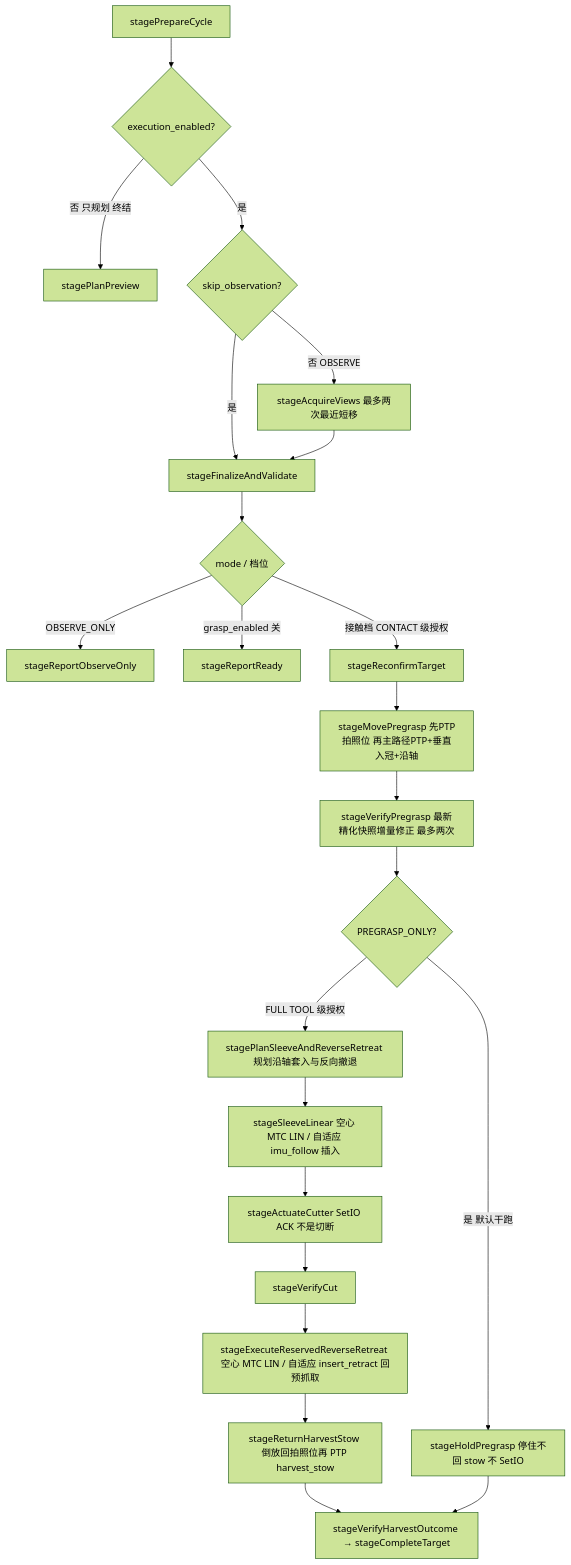
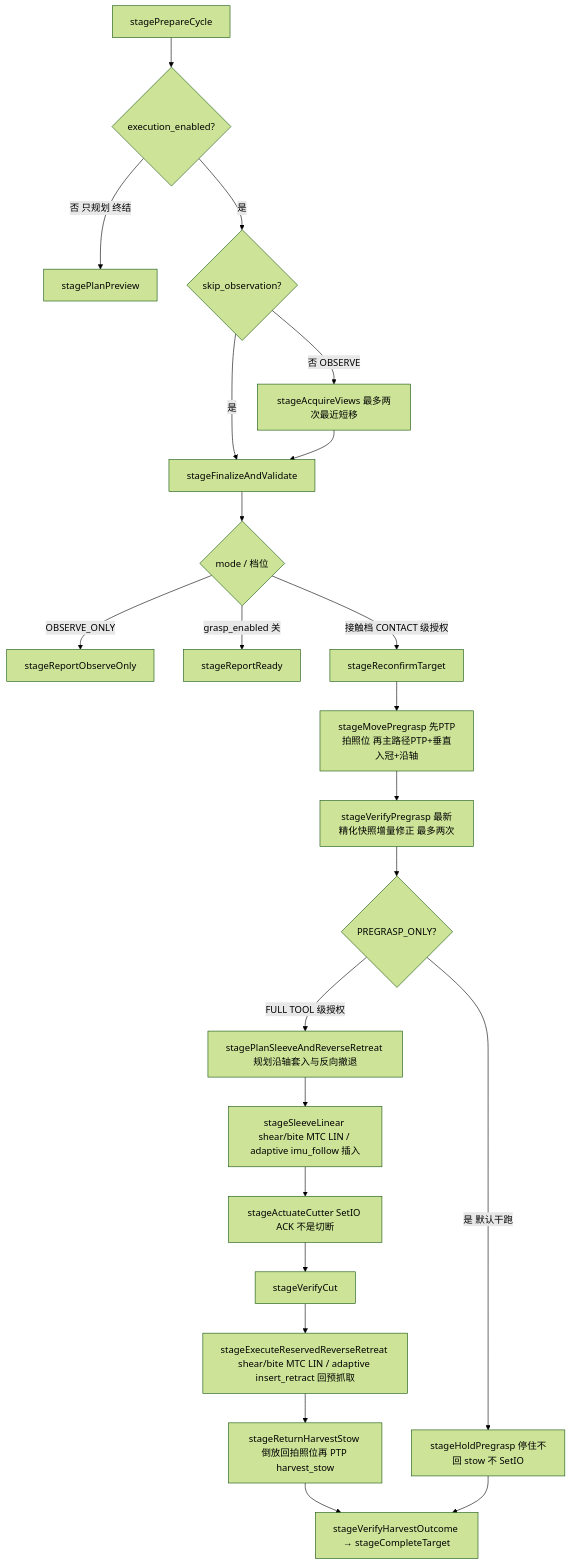
One commit to MUHAN11-c/aubo_boot changed diagram 13 of 15 in docs/architecture.md. Above: the diagram before and after it, drawn with Mermaid (forest theme). The commit also changed other lines of this file and 439 other files, not shown here.

````diff
--- a/docs/architecture.md
+++ b/docs/architecture.md
@@ -925,26 +935,26 @@
 ```mermaid
 flowchart TD
   Prep[stagePrepareCycle]
   Prep --> planOnly{execution_enabled?}
   planOnly -->|否 只规划 终结| Preview[stagePlanPreview]
   planOnly -->|是| skipObs{skip_observation?}
   skipObs -->|否 OBSERVE| Views[stageAcquireViews 最多两次最近短移]
   skipObs -->|是| Quality[stageFinalizeAndValidate]
   Views --> Quality
   Quality --> mode{mode / 档位}
   mode -->|OBSERVE_ONLY| RepObs[stageReportObserveOnly]
   mode -->|grasp_enabled 关| RepReady[stageReportReady]
   mode -->|接触档 CONTACT 级授权| Rec[stageReconfirmTarget]
   Rec --> Move[stageMovePregrasp 先PTP拍照位 再主路径PTP+垂直入冠+沿轴]
   Move --> Ver[stageVerifyPregrasp 最新精化快照增量修正 最多两次]
   Ver --> pg{PREGRASP_ONLY?}
   pg -->|是 默认干跑| Hold[stageHoldPregrasp 停住不回 stow 不 SetIO]
   pg -->|FULL TOOL 级授权| Sleeve[stagePlanSleeveAndReverseRetreat 规划沿轴套入与反向撤退]
-  Sleeve --> Lin[stageSleeveLinear 空心 MTC LIN / 自适应 imu_follow 插入]
+  Sleeve --> Lin[stageSleeveLinear shear/bite MTC LIN / adaptive imu_follow 插入]
   Lin --> Cut[stageActuateCutter SetIO ACK 不是切断]
   Cut --> VCut[stageVerifyCut]
-  VCut --> Ret[stageExecuteReservedReverseRetreat 空心 MTC LIN / 自适应 insert_retract 回预抓取]
+  VCut --> Ret[stageExecuteReservedReverseRetreat shear/bite MTC LIN / adaptive insert_retract 回预抓取]
   Ret --> Stow[stageReturnHarvestStow 倒放回拍照位再 PTP harvest_stow]
   Stow --> Done[stageVerifyHarvestOutcome → stageCompleteTarget]
   Hold --> Done
 ```
````
